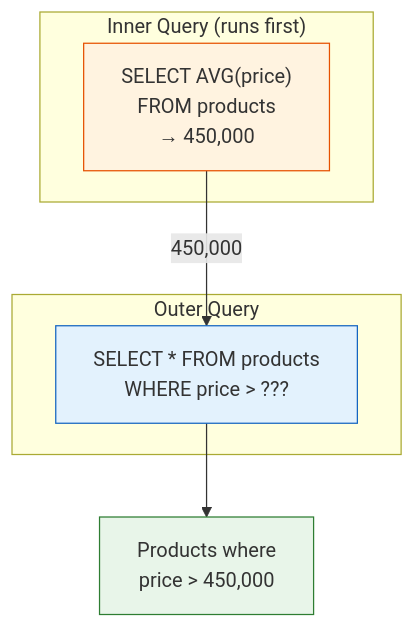
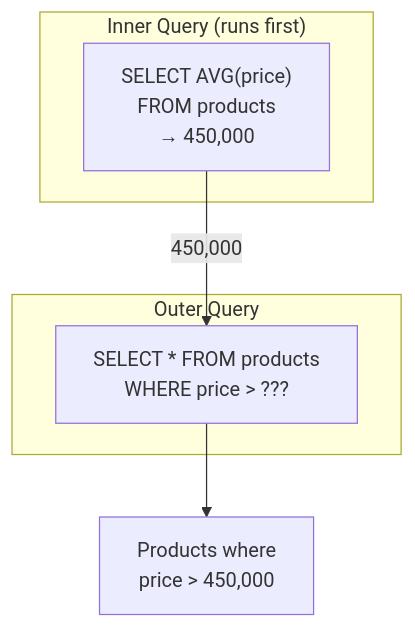
The diagram in docs/en/intermediate/09-subqueries.md (civilian7/sql-tutorial), drawn with Mermaid before and after one commit. The commit also changed other lines of this file and 101 other files, not shown here.

````diff
--- a/docs/en/intermediate/09-subqueries.md
+++ b/docs/en/intermediate/09-subqueries.md
@@ -5,14 +5,11 @@
 ```mermaid
 flowchart TB
     subgraph "Outer Query"
         OQ["SELECT * FROM products\nWHERE price > ???"]
     end
     subgraph "Inner Query (runs first)"
         IQ["SELECT AVG(price)\nFROM products\n→ 450,000"]
     end
     IQ -->|"450,000"| OQ
     OQ --> R["Products where\nprice > 450,000"]
-    style IQ fill:#fff3e0,stroke:#e65100
-    style OQ fill:#e3f2fd,stroke:#1565c0
-    style R fill:#e8f5e9,stroke:#2e7d32
 ```
````
